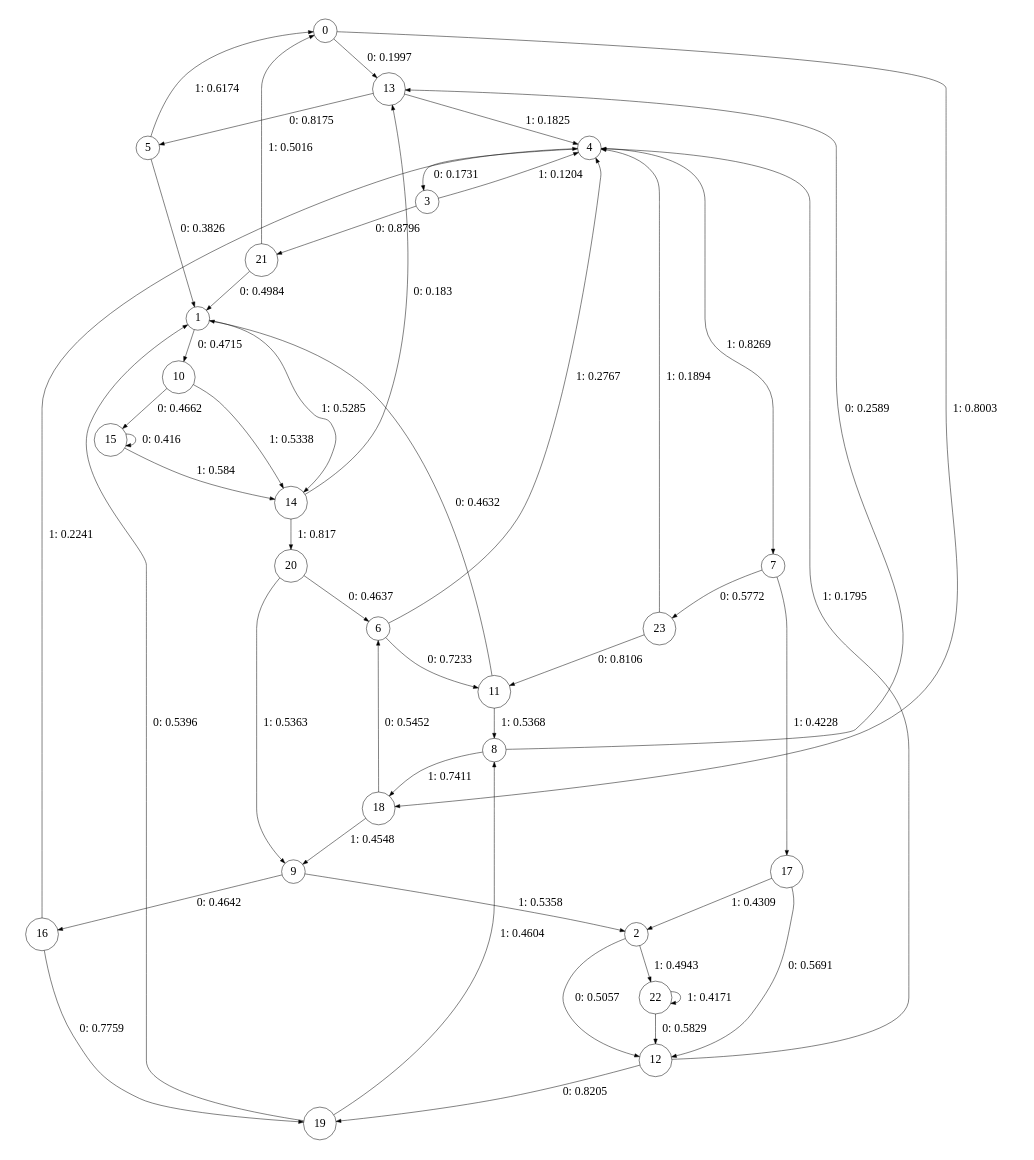
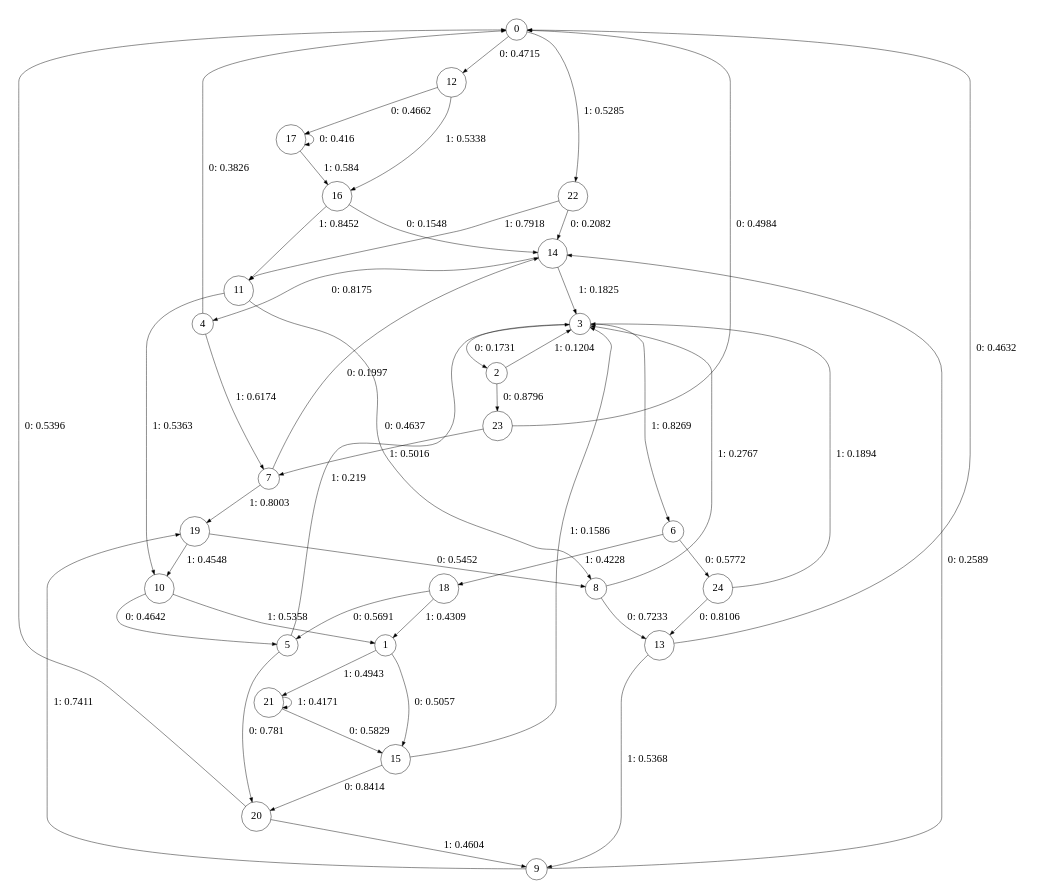
The diagram in cssr data/derivative split/phase 1/ch12faceL6_inf.dot (juliapaterson/summerproject), drawn with Graphviz before and after one commit. The commit also changed 1436 other files, not shown here.

```diff
--- a/cssr data/derivative split/phase 1/ch12faceL6_inf.dot
+++ b/cssr data/derivative split/phase 1/ch12faceL6_inf.dot
@@ -1,55 +1,57 @@
 digraph "ch12faceL6" {
 size = "6,8.5";
 ratio = "fill";
 node [shape = circle];
 node [fontsize = 24];
 edge [fontsize = 24];
-0 -> 13 [label = "0: 0.1997   "];
-0 -> 18 [label = "1: 0.8003   "];
-1 -> 10 [label = "0: 0.4715   "];
-1 -> 14 [label = "1: 0.5285   "];
-2 -> 12 [label = "0: 0.5057   "];
-2 -> 22 [label = "1: 0.4943   "];
-3 -> 21 [label = "0: 0.8796   "];
-3 -> 4 [label = "1: 0.1204   "];
-4 -> 3 [label = "0: 0.1731   "];
-4 -> 7 [label = "1: 0.8269   "];
-5 -> 1 [label = "0: 0.3826   "];
-5 -> 0 [label = "1: 0.6174   "];
-6 -> 11 [label = "0: 0.7233   "];
-6 -> 4 [label = "1: 0.2767   "];
-7 -> 23 [label = "0: 0.5772   "];
-7 -> 17 [label = "1: 0.4228   "];
-8 -> 13 [label = "0: 0.2589   "];
-8 -> 18 [label = "1: 0.7411   "];
-9 -> 16 [label = "0: 0.4642   "];
-9 -> 2 [label = "1: 0.5358   "];
-10 -> 15 [label = "0: 0.4662   "];
-10 -> 14 [label = "1: 0.5338   "];
-11 -> 1 [label = "0: 0.4632   "];
-11 -> 8 [label = "1: 0.5368   "];
-12 -> 19 [label = "0: 0.8205   "];
-12 -> 4 [label = "1: 0.1795   "];
-13 -> 5 [label = "0: 0.8175   "];
-13 -> 4 [label = "1: 0.1825   "];
-14 -> 13 [label = "0: 0.183    "];
-14 -> 20 [label = "1: 0.817    "];
-15 -> 15 [label = "0: 0.416    "];
-15 -> 14 [label = "1: 0.584    "];
-16 -> 19 [label = "0: 0.7759   "];
-16 -> 4 [label = "1: 0.2241   "];
-17 -> 12 [label = "0: 0.5691   "];
-17 -> 2 [label = "1: 0.4309   "];
-18 -> 6 [label = "0: 0.5452   "];
-18 -> 9 [label = "1: 0.4548   "];
-19 -> 1 [label = "0: 0.5396   "];
-19 -> 8 [label = "1: 0.4604   "];
-20 -> 6 [label = "0: 0.4637   "];
-20 -> 9 [label = "1: 0.5363   "];
-21 -> 1 [label = "0: 0.4984   "];
-21 -> 0 [label = "1: 0.5016   "];
-22 -> 12 [label = "0: 0.5829   "];
-22 -> 22 [label = "1: 0.4171   "];
-23 -> 11 [label = "0: 0.8106   "];
-23 -> 4 [label = "1: 0.1894   "];
+0 -> 12 [label = "0: 0.4715   "];
+0 -> 22 [label = "1: 0.5285   "];
+1 -> 15 [label = "0: 0.5057   "];
+1 -> 21 [label = "1: 0.4943   "];
+2 -> 23 [label = "0: 0.8796   "];
+2 -> 3 [label = "1: 0.1204   "];
+3 -> 2 [label = "0: 0.1731   "];
+3 -> 6 [label = "1: 0.8269   "];
+4 -> 0 [label = "0: 0.3826   "];
+4 -> 7 [label = "1: 0.6174   "];
+5 -> 20 [label = "0: 0.781    "];
+5 -> 3 [label = "1: 0.219    "];
+6 -> 24 [label = "0: 0.5772   "];
+6 -> 18 [label = "1: 0.4228   "];
+7 -> 14 [label = "0: 0.1997   "];
+7 -> 19 [label = "1: 0.8003   "];
+8 -> 13 [label = "0: 0.7233   "];
+8 -> 3 [label = "1: 0.2767   "];
+9 -> 14 [label = "0: 0.2589   "];
+9 -> 19 [label = "1: 0.7411   "];
+10 -> 5 [label = "0: 0.4642   "];
+10 -> 1 [label = "1: 0.5358   "];
+11 -> 8 [label = "0: 0.4637   "];
+11 -> 10 [label = "1: 0.5363   "];
+12 -> 17 [label = "0: 0.4662   "];
+12 -> 16 [label = "1: 0.5338   "];
+13 -> 0 [label = "0: 0.4632   "];
+13 -> 9 [label = "1: 0.5368   "];
+14 -> 4 [label = "0: 0.8175   "];
+14 -> 3 [label = "1: 0.1825   "];
+15 -> 20 [label = "0: 0.8414   "];
+15 -> 3 [label = "1: 0.1586   "];
+16 -> 14 [label = "0: 0.1548   "];
+16 -> 11 [label = "1: 0.8452   "];
+17 -> 17 [label = "0: 0.416    "];
+17 -> 16 [label = "1: 0.584    "];
+18 -> 5 [label = "0: 0.5691   "];
+18 -> 1 [label = "1: 0.4309   "];
+19 -> 8 [label = "0: 0.5452   "];
+19 -> 10 [label = "1: 0.4548   "];
+20 -> 0 [label = "0: 0.5396   "];
+20 -> 9 [label = "1: 0.4604   "];
+21 -> 15 [label = "0: 0.5829   "];
+21 -> 21 [label = "1: 0.4171   "];
+22 -> 14 [label = "0: 0.2082   "];
+22 -> 11 [label = "1: 0.7918   "];
+23 -> 0 [label = "0: 0.4984   "];
+23 -> 7 [label = "1: 0.5016   "];
+24 -> 13 [label = "0: 0.8106   "];
+24 -> 3 [label = "1: 0.1894   "];
 }
```
